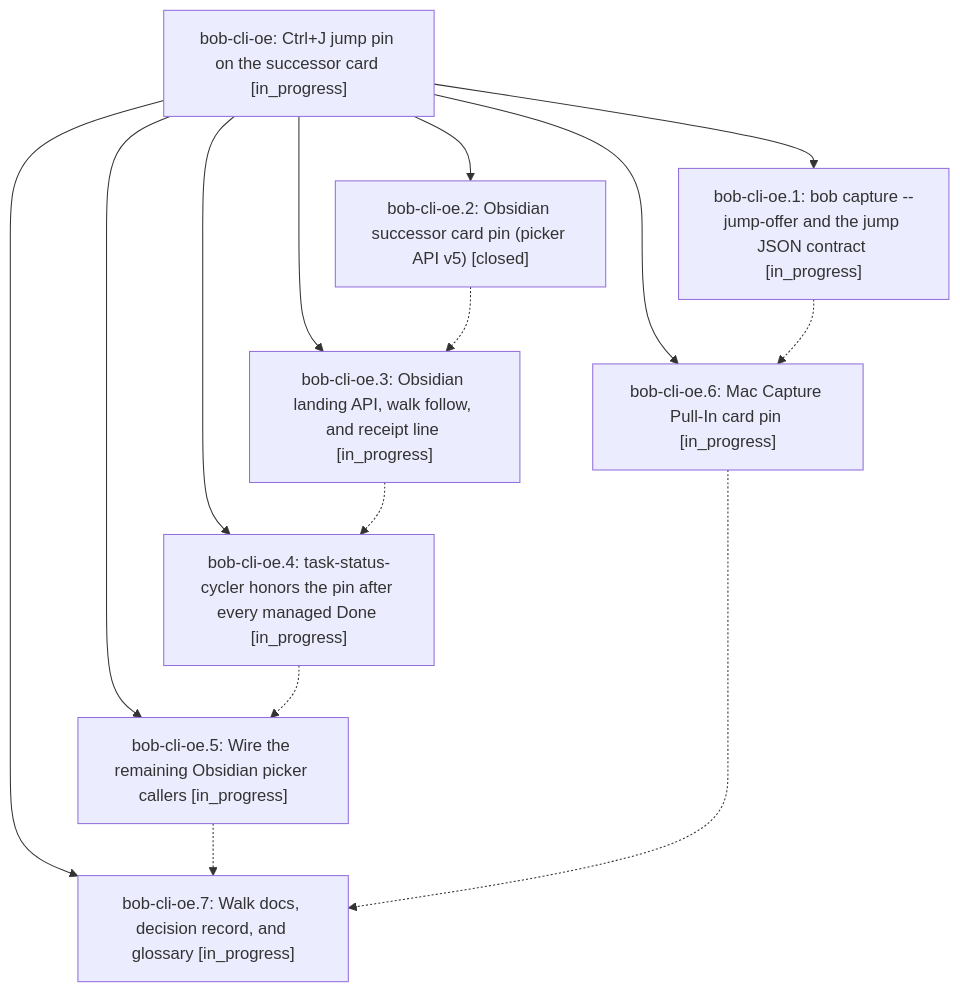
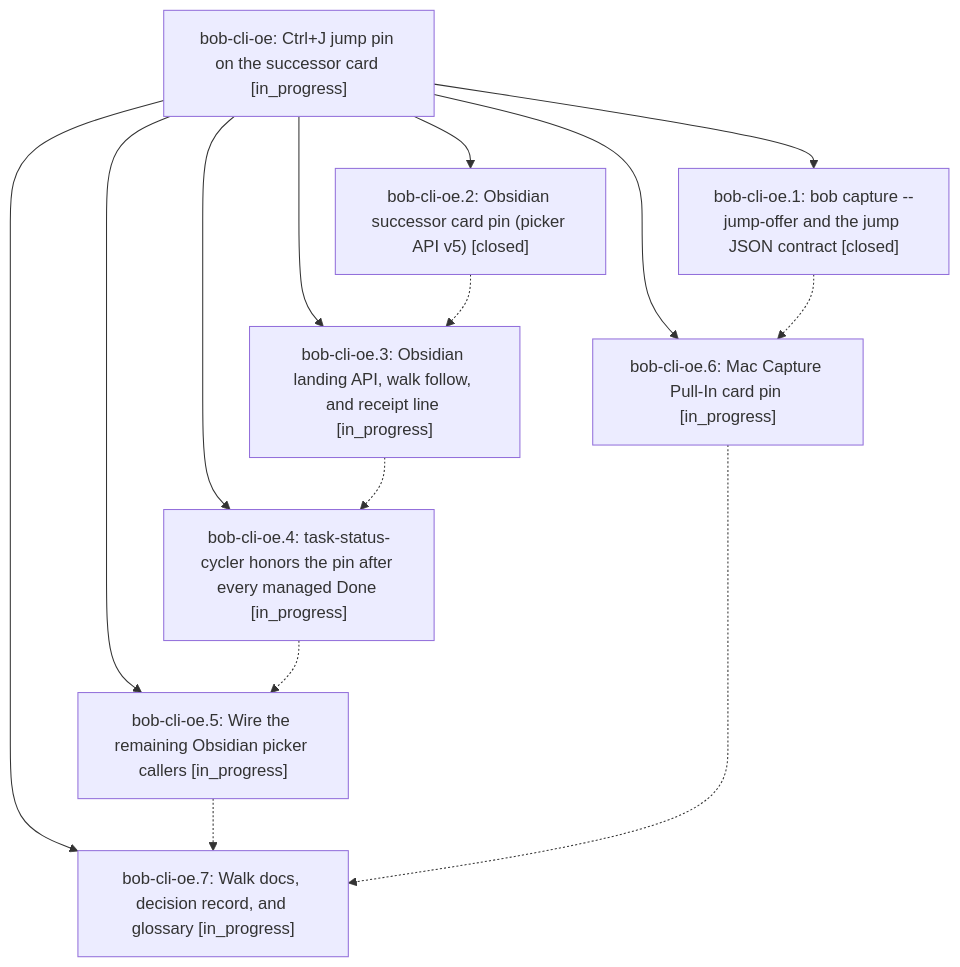
Before and after one commit to bobs-org/bob-cli--beads: the diagram in pages/bob-cli-oe/README.md, drawn with Mermaid. The commit also changed other lines of this file and 3 other files, not shown here.

First line of the commit message:
chore(beads): sync bead state and pages for bob-cli-oe

````diff
--- a/pages/bob-cli-oe/README.md
+++ b/pages/bob-cli-oe/README.md
@@ -40,24 +42,24 @@
 ```mermaid
 flowchart TD
     n0["bob-cli-oe: Ctrl+J jump pin on the successor card [in_progress]"]
-    n1["bob-cli-oe.1: bob capture --jump-offer and the jump JSON contract [in_progress]"]
+    n1["bob-cli-oe.1: bob capture --jump-offer and the jump JSON contract [closed]"]
     n2["bob-cli-oe.2: Obsidian successor card pin (picker API v5) [closed]"]
     n3["bob-cli-oe.3: Obsidian landing API, walk follow, and receipt line [in_progress]"]
     n4["bob-cli-oe.4: task-status-cycler honors the pin after every managed Done [in_progress]"]
     n5["bob-cli-oe.5: Wire the remaining Obsidian picker callers [in_progress]"]
     n6["bob-cli-oe.6: Mac Capture Pull-In card pin [in_progress]"]
     n7["bob-cli-oe.7: Walk docs, decision record, and glossary [in_progress]"]
     n0 --> n1
     n0 --> n2
     n0 --> n3
     n0 --> n4
     n0 --> n5
     n0 --> n6
     n0 --> n7
     n1 -.-> n6
     n2 -.-> n3
     n3 -.-> n4
     n4 -.-> n5
     n5 -.-> n7
     n6 -.-> n7
 ```
````
